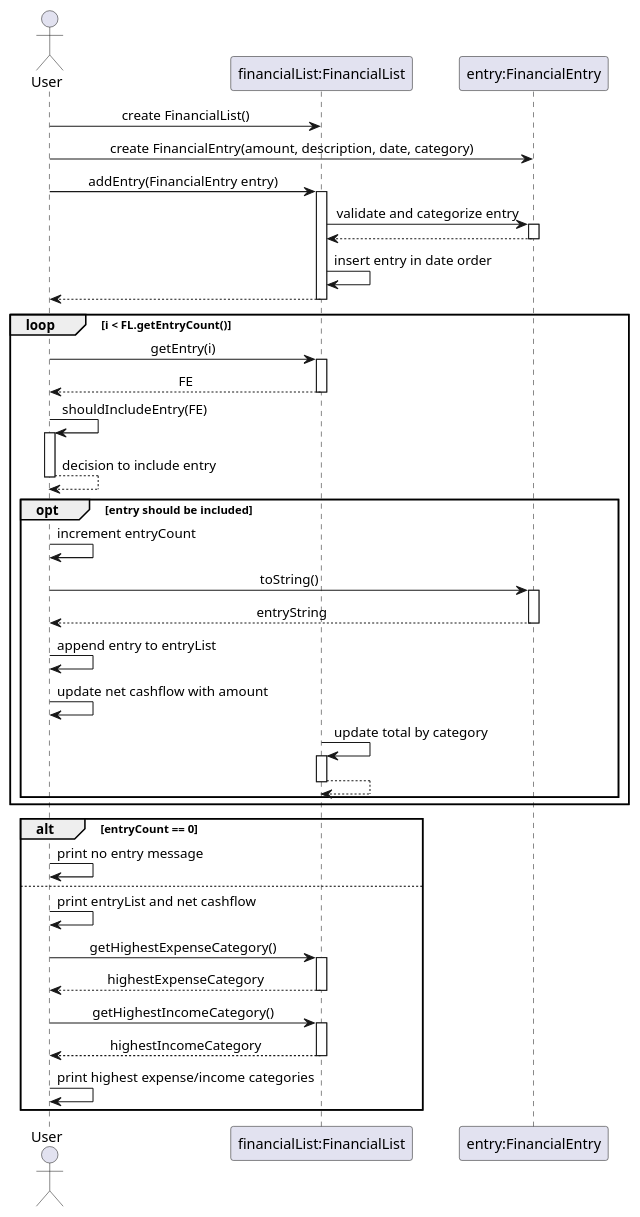
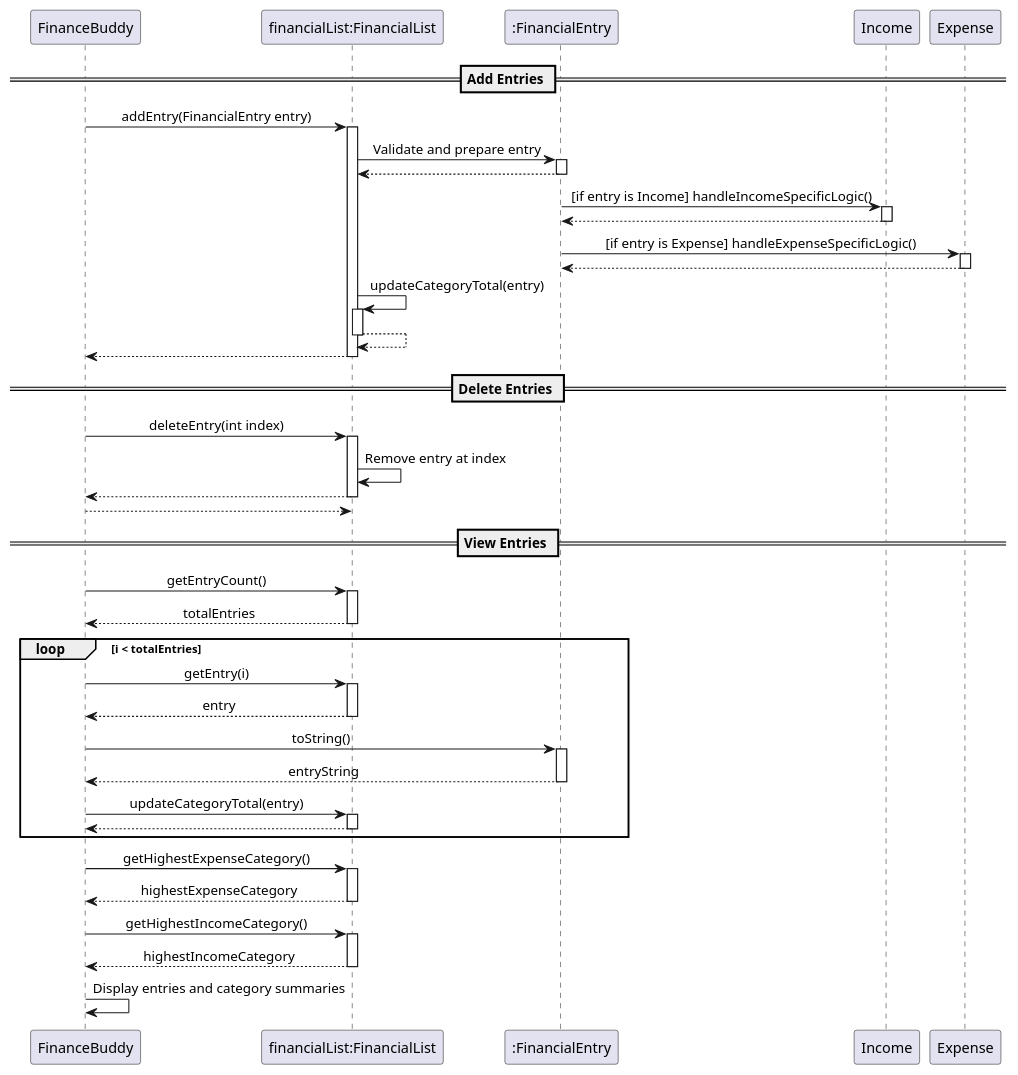
The diagram in docs/UML/FinancialEntrySequence.puml (nus-cs2113-AY2425S1/tp), drawn with PlantUML before and after one commit. The commit also changed 2 other files, not shown here.

```diff
--- a/docs/UML/FinancialEntrySequence.puml
+++ b/docs/UML/FinancialEntrySequence.puml
@@ -2,55 +1,65 @@
 @startuml
 skinparam sequenceMessageAlign center
 skinparam responseMessageBelowArrow true
 
-actor User
-participant "financialList:FinancialList" as FL
-participant "entry:FinancialEntry" as FE
+participant "FinanceBuddy" as fb
+participant "financialList:FinancialList" as list
+participant ":FinancialEntry" as entry
+participant "Income" as income
+participant "Expense" as expense
 
-User -> FL : create FinancialList()
-User -> FE : create FinancialEntry(amount, description, date, category)
-
-User -> FL : addEntry(FinancialEntry entry)
-activate FL
-FL -> FE : validate and categorize entry
-activate FE
-return
-FL -> FL : insert entry in date order
+== Add Entries ==
+fb -> list : addEntry(FinancialEntry entry)
+activate list
+list -> entry : Validate and prepare entry
+activate entry
 return
 
-loop i < FL.getEntryCount()
-    User -> FL : getEntry(i)
-    activate FL
-    return FE
+entry -> income : [if entry is Income] handleIncomeSpecificLogic()
+activate income
+return
+entry -> expense : [if entry is Expense] handleExpenseSpecificLogic()
+activate expense
+return
 
-    User -> User : shouldIncludeEntry(FE)
-    activate User
-    return decision to include entry
+list -> list : updateCategoryTotal(entry)
+activate list
+return
+return
 
-    opt entry should be included
-        User -> User : increment entryCount
-        User -> FE : toString()
-        activate FE
-        return entryString
-        User -> User : append entry to entryList
-        User -> User : update net cashflow with amount
-        FL -> FL : update total by category
-        activate FL
-        return
-    end
+== Delete Entries ==
+fb -> list : deleteEntry(int index)
+activate list
+list -> list : Remove entry at index
+return
+return
+
+== View Entries ==
+fb -> list : getEntryCount()
+activate list
+return totalEntries
+
+loop i < totalEntries
+    fb -> list : getEntry(i)
+    activate list
+    return entry
+
+    fb -> entry : toString()
+    activate entry
+    return entryString
+
+    fb -> list : updateCategoryTotal(entry)
+    activate list
+    return
 end
 
-alt entryCount == 0
-    User -> User : print no entry message
-else
-    User -> User: print entryList and net cashflow
-    User -> FL : getHighestExpenseCategory()
-    activate FL
-    return highestExpenseCategory
-    User -> FL : getHighestIncomeCategory()
-    activate FL
-    return highestIncomeCategory
-    User -> User: print highest expense/income categories
-end
+fb -> list : getHighestExpenseCategory()
+activate list
+return highestExpenseCategory
 
+fb -> list : getHighestIncomeCategory()
+activate list
+return highestIncomeCategory
+
+fb -> fb : Display entries and category summaries
 @enduml
```
